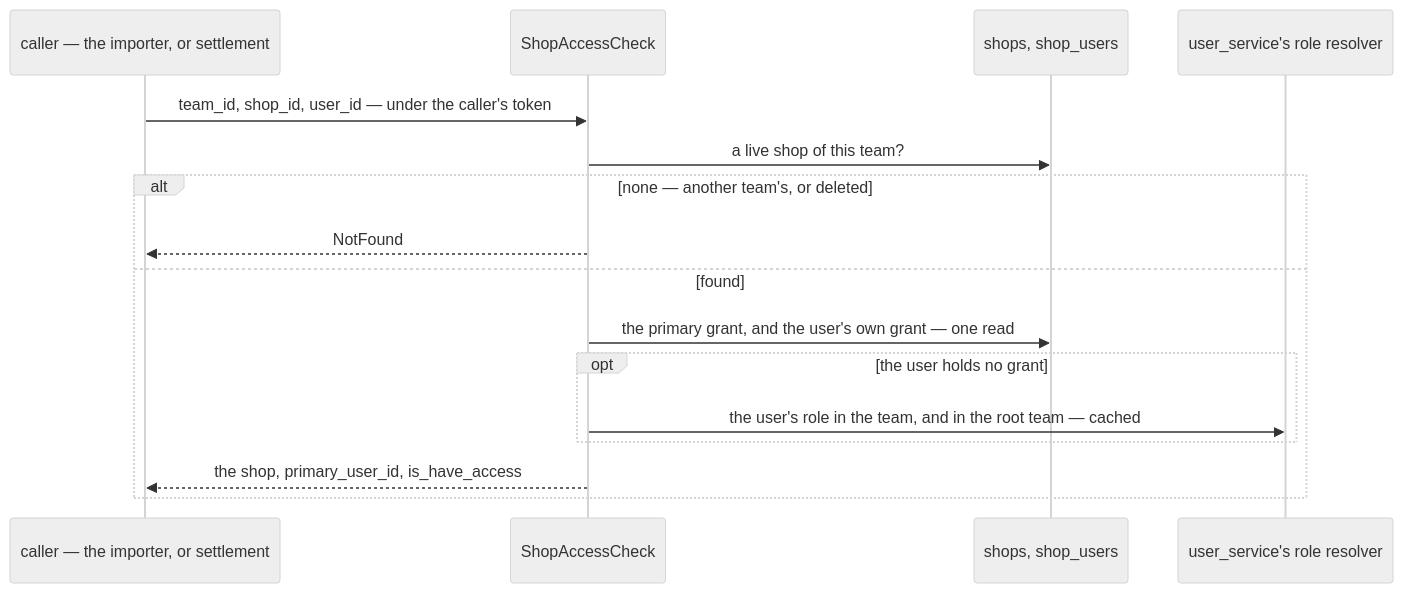
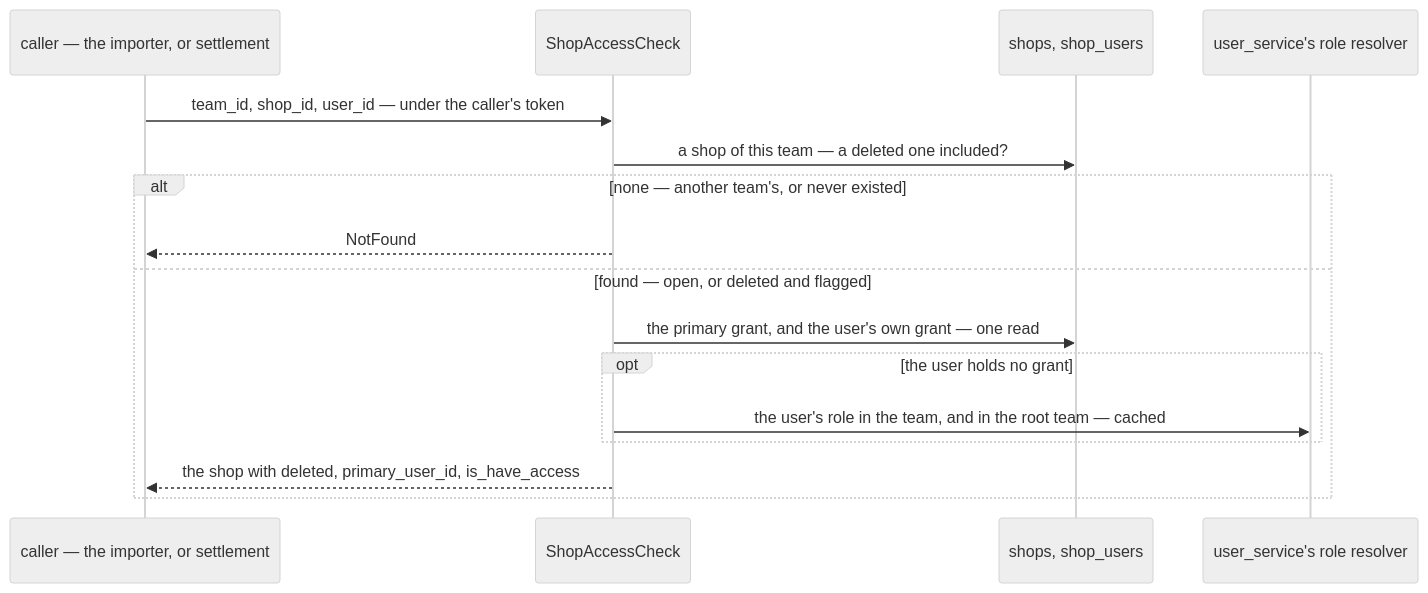
Diagram 19 of 26 in docs/services/selling_service/rpc.md (pdcgo/warehouse_revamp), drawn with Mermaid (neutral theme) before and after one commit. The commit also changed other lines of this file and 297 other files, not shown here.

````diff
--- a/docs/services/selling_service/rpc.md
+++ b/docs/services/selling_service/rpc.md
@@ -975,18 +980,18 @@
 ```mermaid
 sequenceDiagram
     participant C as caller — the importer, or settlement
     participant S as ShopAccessCheck
     participant DB as shops, shop_users
     participant R as user_service's role resolver
     C->>S: team_id, shop_id, user_id — under the caller's token
-    S->>DB: a live shop of this team?
-    alt none — another team's, or deleted
+    S->>DB: a shop of this team — a deleted one included?
+    alt none — another team's, or never existed
         S-->>C: NotFound
-    else found
+    else found — open, or deleted and flagged
         S->>DB: the primary grant, and the user's own grant — one read
         opt the user holds no grant
             S->>R: the user's role in the team, and in the root team — cached
         end
-        S-->>C: the shop, primary_user_id, is_have_access
+        S-->>C: the shop with deleted, primary_user_id, is_have_access
     end
 ```
````
